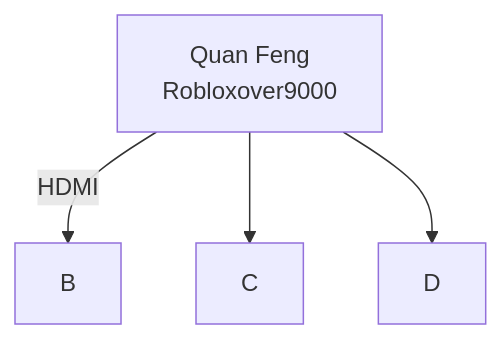
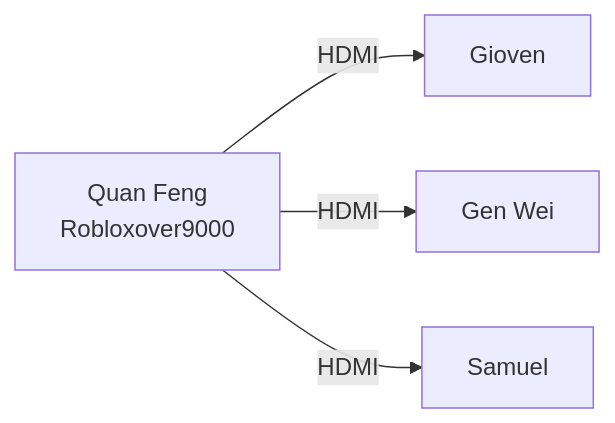
One commit to Anestesiaa-0512/NYPEGL314_Bootcamp changed the diagram in README.md. Above: the diagram before and after it, drawn with Mermaid.

Commit message:
Test Markdown Demo 0.2

````diff
--- a/README.md
+++ b/README.md
@@ -6,6 +6,6 @@
 ```mermaid
-graph TD
-A[Quan Feng</br>Robloxover9000]--HDMI--> B
-A --> C
-A --> D
+graph LR
+A[Quan Feng</br>Robloxover9000]--HDMI--> B[Gioven]
+A --HDMI--> C[Gen Wei]
+A --HDMI--> D[Samuel]
 ```
````
